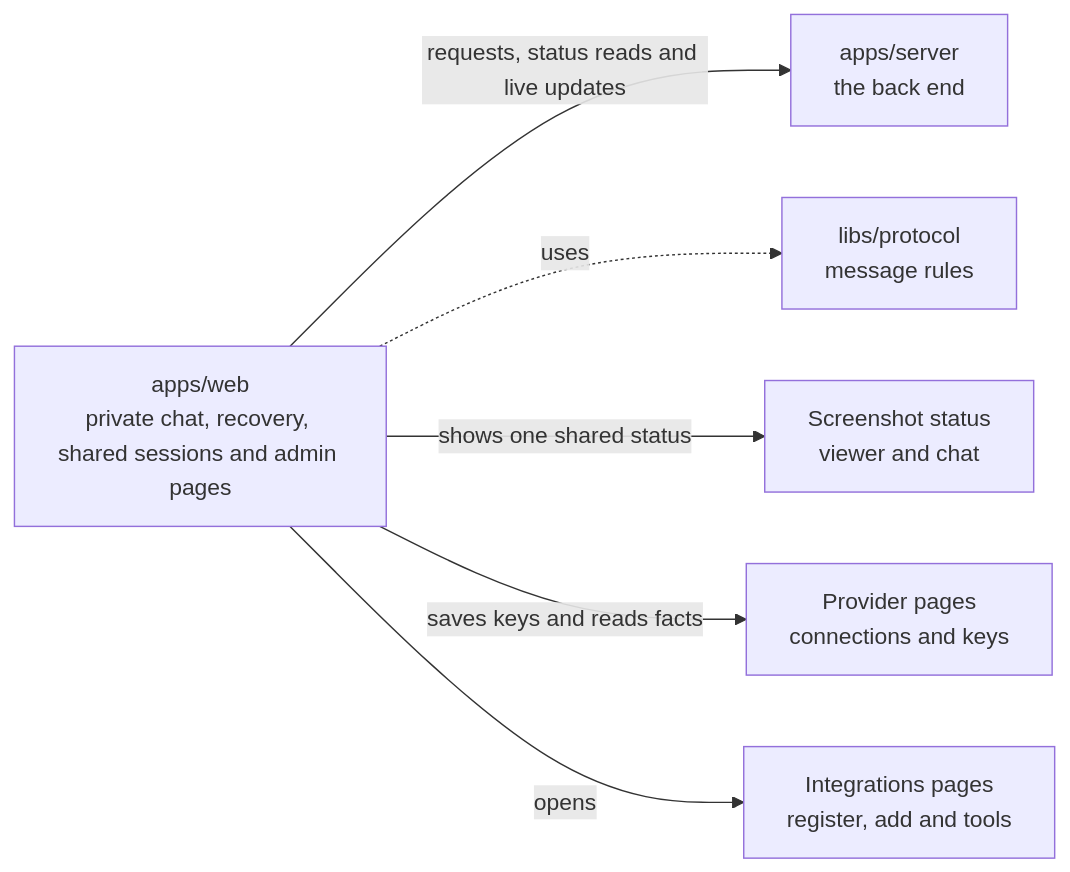
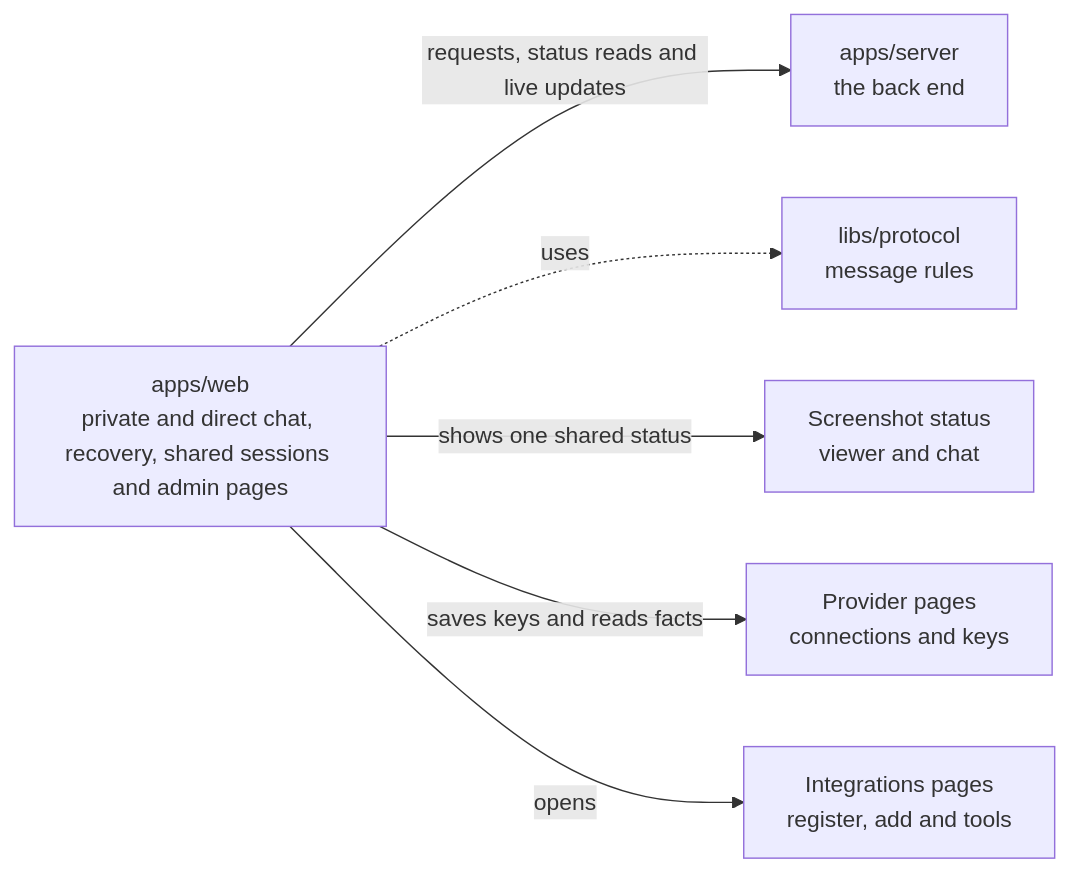
The diagram in apps/web/README.md (elewa-git/opencrane-new), drawn with Mermaid before and after one commit. The commit also changed other lines of this file and 41 other files, not shown here.

Commit message:
💬 Add direct chat transcript and sending

````diff
--- a/apps/web/README.md
+++ b/apps/web/README.md
@@ -11,8 +11,8 @@
 ```mermaid
 flowchart LR
-  web["apps/web<br/>private chat, recovery, shared sessions and admin pages"] -->|requests, status reads and live updates| server["apps/server<br/>the back end"]
+  web["apps/web<br/>private and direct chat, recovery, shared sessions and admin pages"] -->|requests, status reads and live updates| server["apps/server<br/>the back end"]
   web -.->|uses| protocol["libs/protocol<br/>message rules"]
   web -->|shows one shared status| capture["Screenshot status<br/>viewer and chat"]
   web -->|saves keys and reads facts| providers["Provider pages<br/>connections and keys"]
   web -->|opens| integrations["Integrations pages<br/>register, add and tools"]
 ```
````
